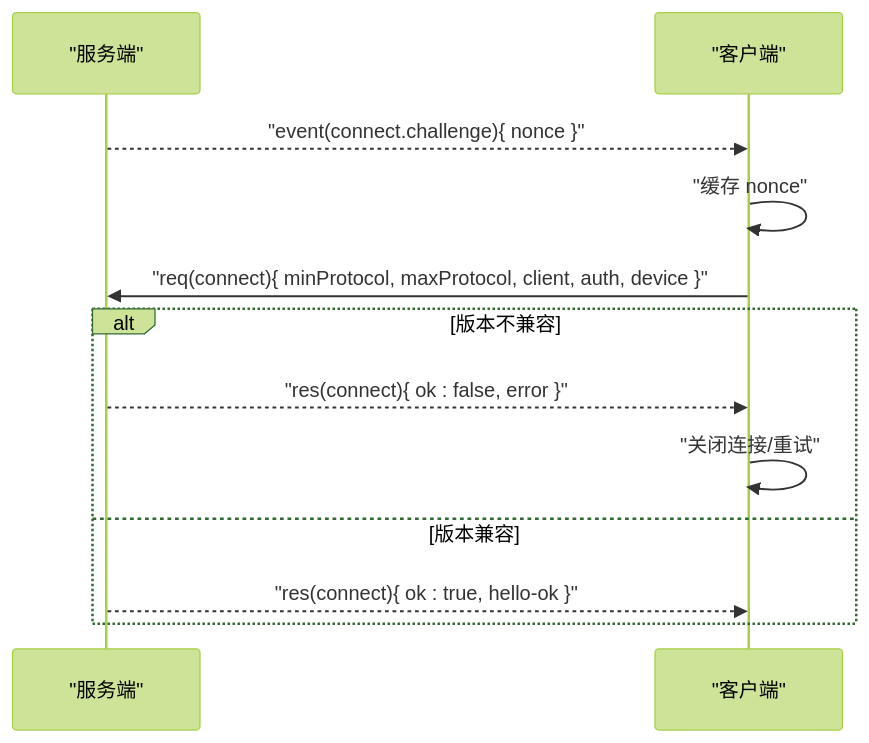
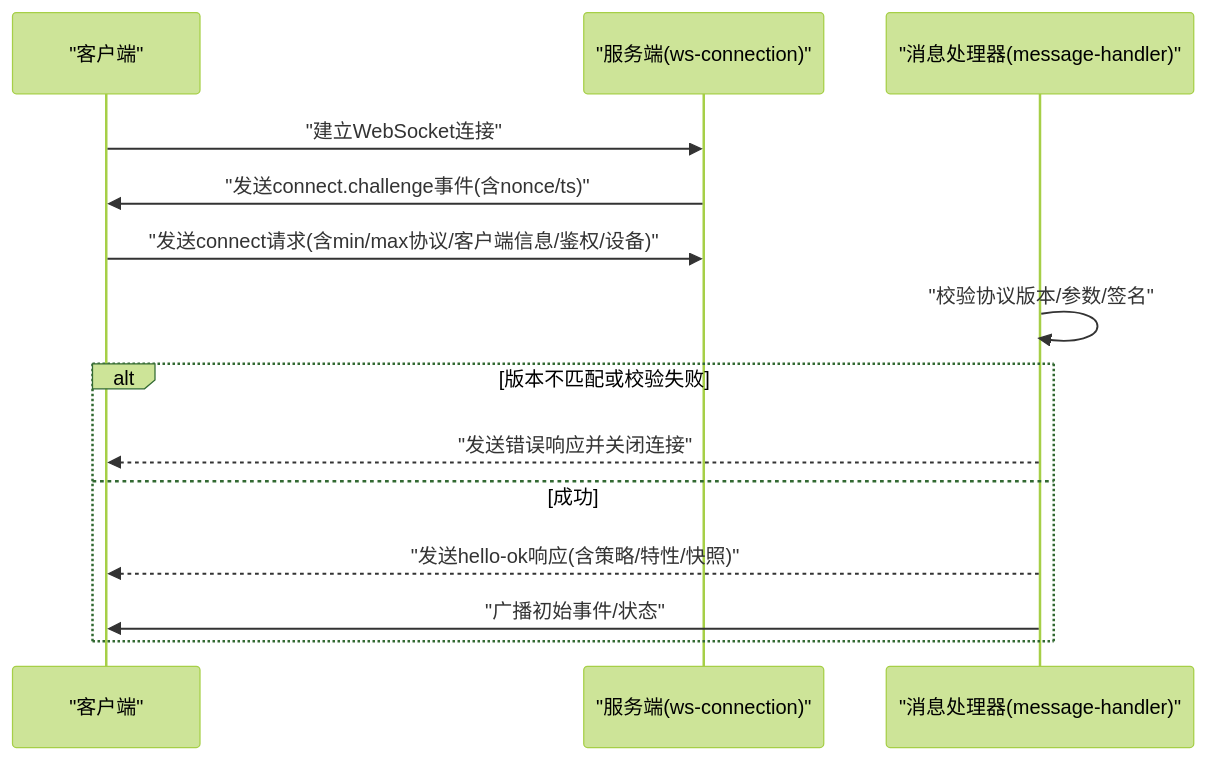
One commit to HACK-WU/openclaw changed the second of 6 diagrams in .qoder/repowiki/zh/content/API参考/WebSocket API.md. Above: the diagram before and after it, drawn with Mermaid (forest theme). The commit also changed other lines of this file and 549 other files, not shown here.

````diff
--- a/.qoder/repowiki/zh/content/API参考/WebSocket API.md
+++ b/.qoder/repowiki/zh/content/API参考/WebSocket API.md
@@ -155,14 +118,16 @@
 ```mermaid
 sequenceDiagram
-participant S as "服务端"
-participant C as "客户端"
-S-->>C : "event(connect.challenge){ nonce }"
-C->>C : "缓存 nonce"
-C->>S : "req(connect){ minProtocol, maxProtocol, client, auth, device }"
-alt 版本不兼容
-S-->>C : "res(connect){ ok : false, error }"
-C->>C : "关闭连接/重试"
-else 版本兼容
-S-->>C : "res(connect){ ok : true, hello-ok }"
+participant Client as "客户端"
+participant Server as "服务端(ws-connection)"
+participant Handler as "消息处理器(message-handler)"
+Client->>Server : "建立WebSocket连接"
+Server->>Client : "发送connect.challenge事件(含nonce/ts)"
+Client->>Server : "发送connect请求(含min/max协议/客户端信息/鉴权/设备)"
+Handler->>Handler : "校验协议版本/参数/签名"
+alt 版本不匹配或校验失败
+Handler-->>Client : "发送错误响应并关闭连接"
+else 成功
+Handler-->>Client : "发送hello-ok响应(含策略/特性/快照)"
+Handler->>Client : "广播初始事件/状态"
 end
 ```
````
